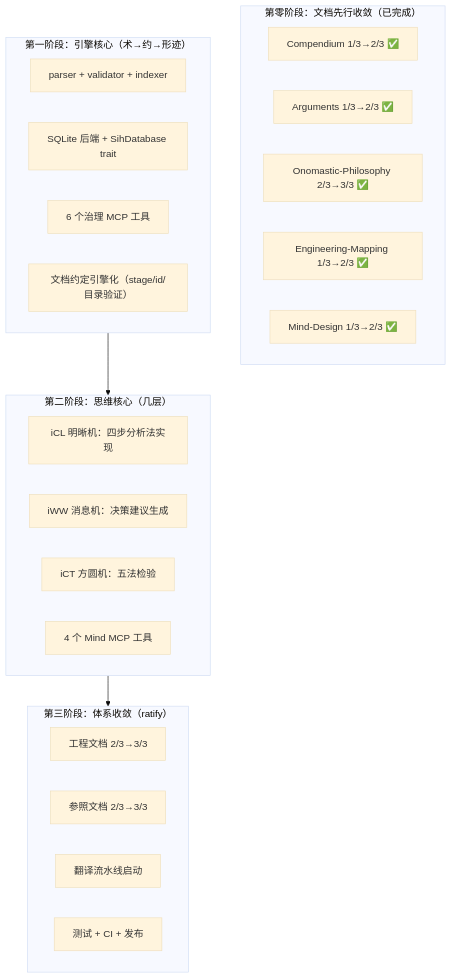
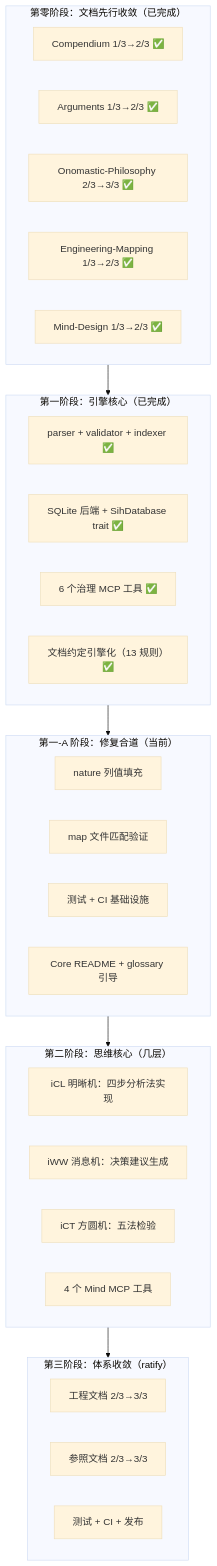
Before and after one commit to sgmov/sihankor: the second of 3 diagrams in docs/proposals/SiHankor-Engine-Roadmap.sih.md, drawn with Mermaid (base theme). The commit also changed other lines of this file, not shown here.

First line of the commit message:
roadmap: full refresh to 2/3 — Phase 1 retrospective + Phase 1a + system audit appendix

````diff
--- a/docs/proposals/SiHankor-Engine-Roadmap.sih.md
+++ b/docs/proposals/SiHankor-Engine-Roadmap.sih.md
@@ -118,34 +133,42 @@
 ```mermaid
 flowchart TB
     subgraph Phase0["第零阶段：文档先行收敛（已完成）"]
         D0a["Compendium 1/3→2/3 ✅"]
         D0b["Arguments 1/3→2/3 ✅"]
         D0c["Onomastic-Philosophy 2/3→3/3 ✅"]
         D0d["Engineering-Mapping 1/3→2/3 ✅"]
         D0e["Mind-Design 1/3→2/3 ✅"]
     end
 
-    subgraph Phase1["第一阶段：引擎核心（术→约→形迹）"]
-        A1["parser + validator + indexer"]
-        A2["SQLite 后端 + SihDatabase trait"]
-        A3["6 个治理 MCP 工具"]
-        A4["文档约定引擎化（stage/id/目录验证）"]
+    subgraph Phase1["第一阶段：引擎核心（已完成）"]
+        A1["parser + validator + indexer ✅"]
+        A2["SQLite 后端 + SihDatabase trait ✅"]
+        A3["6 个治理 MCP 工具 ✅"]
+        A4["文档约定引擎化（13 规则）✅"]
+    end
+
+    subgraph Phase1a["第一-A 阶段：修复合道（当前）"]
+        A5["nature 列值填充"]
+        A6["map 文件匹配验证"]
+        A7["测试 + CI 基础设施"]
+        A8["Core README + glossary 引导"]
     end
 
     subgraph Phase2["第二阶段：思维核心（几层）"]
         B1["iCL 明晰机：四步分析法实现"]
         B2["iWW 消息机：决策建议生成"]
         B3["iCT 方圆机：五法检验"]
         B4["4 个 Mind MCP 工具"]
     end
 
     subgraph Phase3["第三阶段：体系收敛（ratify）"]
         C1["工程文档 2/3→3/3"]
         C2["参照文档 2/3→3/3"]
-        C3["翻译流水线启动"]
-        C4["测试 + CI + 发布"]
+        C3["测试 + CI + 发布"]
     end
 
-    Phase1 --> Phase2
+    Phase0 --> Phase1
+    Phase1 --> Phase1a
+    Phase1a --> Phase2
     Phase2 --> Phase3
 ```
````
